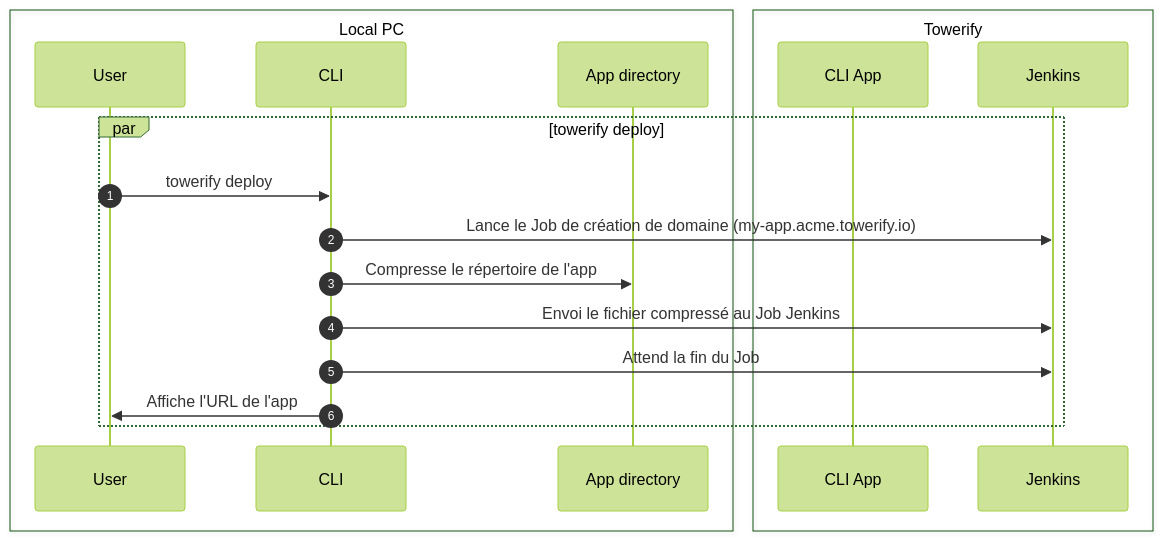
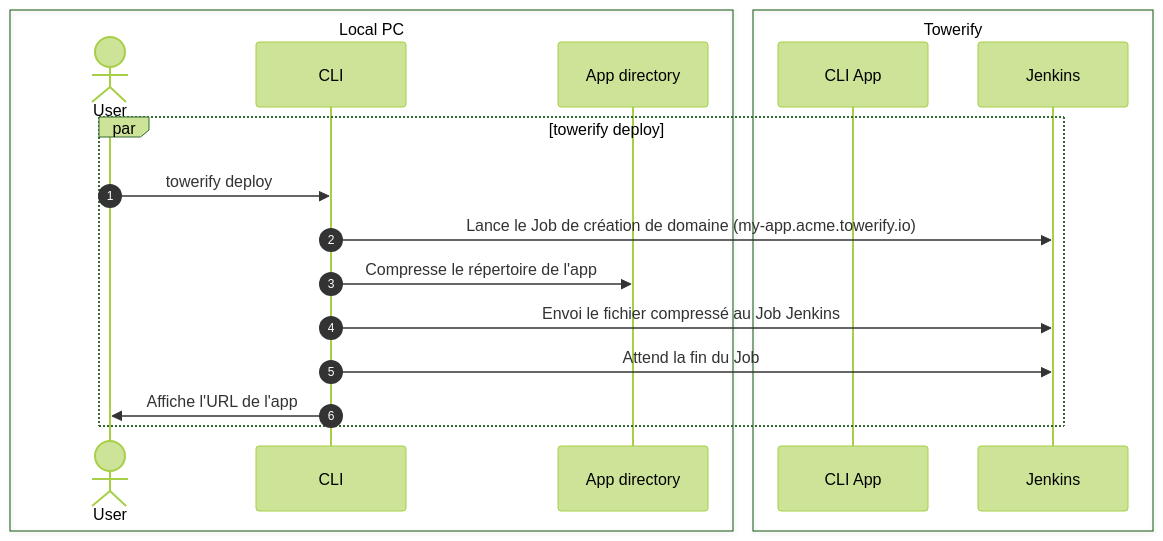
The fourth of 4 diagrams in docs/cli/interne/coder.md (computablefacts/towerify-docs), drawn with Mermaid (forest theme) before and after one commit. The commit also changed other lines of this file, not shown here.

````diff
--- a/docs/cli/interne/coder.md
+++ b/docs/cli/interne/coder.md
@@ -262,24 +284,24 @@
 ``` mermaid
 sequenceDiagram
   autonumber
   box Local PC
-    participant User
+    actor User
     participant CLI
     participant App as App directory
   end
 
   box Towerify
     participant AppCLI as CLI App
     participant Jenkins
   end
 
   par towerify deploy
     User ->> CLI: towerify deploy
 
     CLI ->> Jenkins: Lance le Job de création de domaine (my-app.acme.towerify.io)
     CLI ->> App: Compresse le répertoire de l'app
     CLI ->> Jenkins: Envoi le fichier compressé au Job Jenkins
     CLI ->> Jenkins: Attend la fin du Job
     CLI ->> User: Affiche l'URL de l'app
   end
 ```
````
